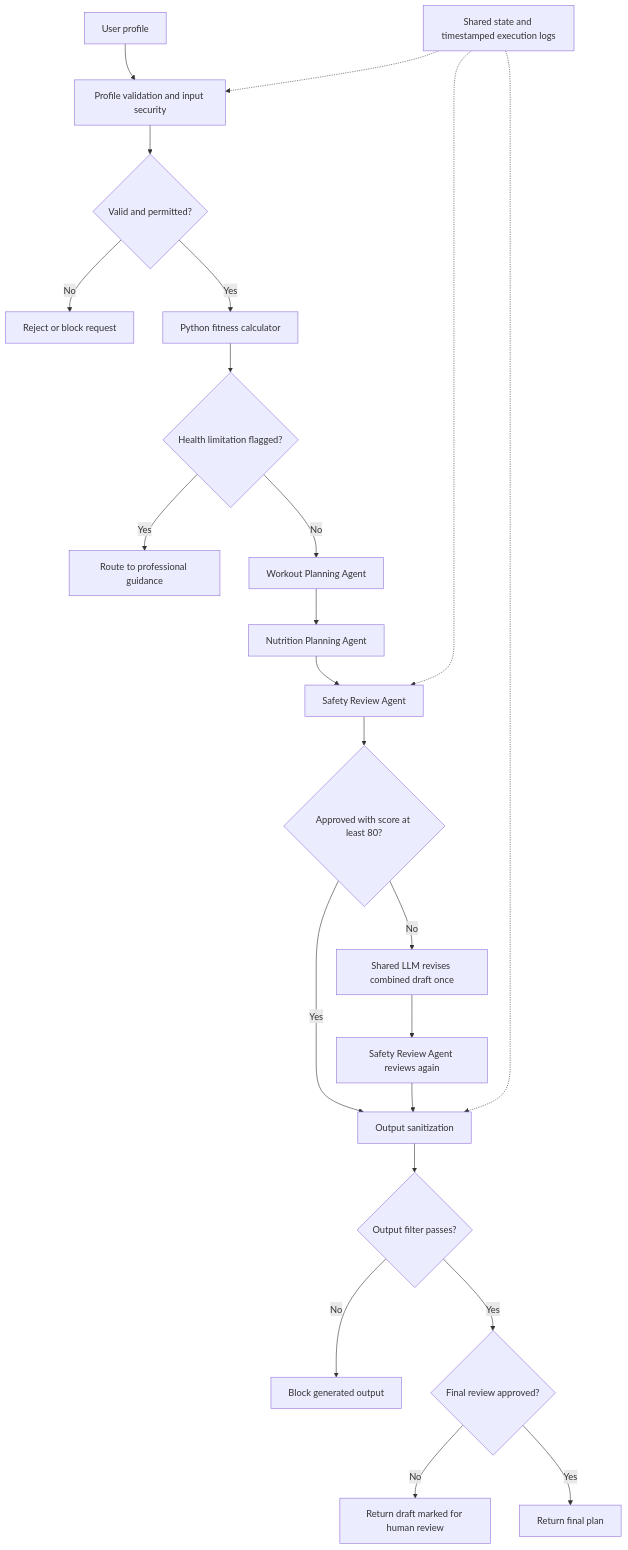
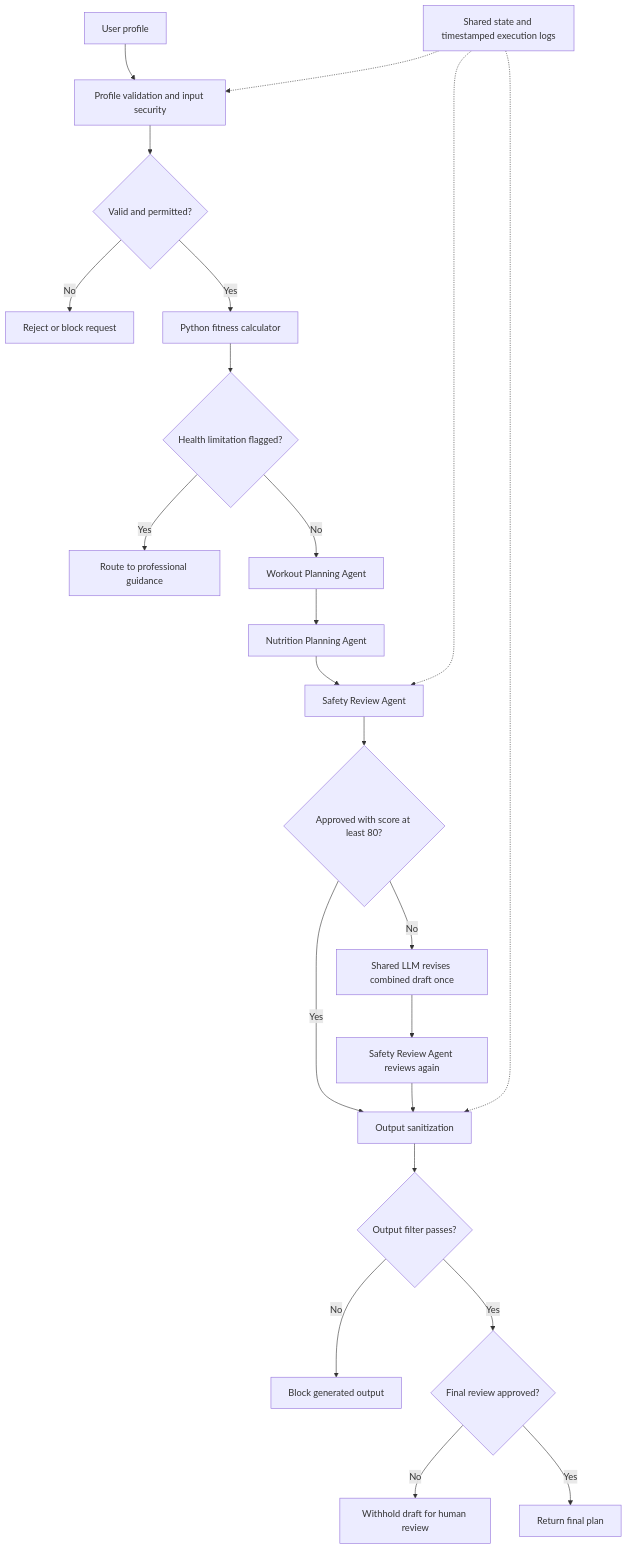
The diagram in README.md (xlwynee/FitMate-AI), drawn with Mermaid before and after one commit. The commit also changed other lines of this file, not shown here.

````diff
--- a/README.md
+++ b/README.md
@@ -35,25 +35,25 @@
 ```mermaid
 flowchart TD
     A[User profile] --> B[Profile validation and input security]
     B --> C{Valid and permitted?}
     C -- No --> D[Reject or block request]
     C -- Yes --> E[Python fitness calculator]
     E --> F{Health limitation flagged?}
     F -- Yes --> G[Route to professional guidance]
     F -- No --> H[Workout Planning Agent]
     H --> I[Nutrition Planning Agent]
     I --> J[Safety Review Agent]
     J --> K{Approved with score at least 80?}
     K -- Yes --> L[Output sanitization]
     K -- No --> M[Shared LLM revises combined draft once]
     M --> N[Safety Review Agent reviews again]
     N --> L
     L --> O{Output filter passes?}
     O -- No --> P[Block generated output]
     O -- Yes --> Q{Final review approved?}
-    Q -- No --> R[Return draft marked for human review]
+    Q -- No --> R[Withhold draft for human review]
     Q -- Yes --> S[Return final plan]
     T[Shared state and timestamped execution logs] -.-> B
     T -.-> J
     T -.-> L
 ```
````
